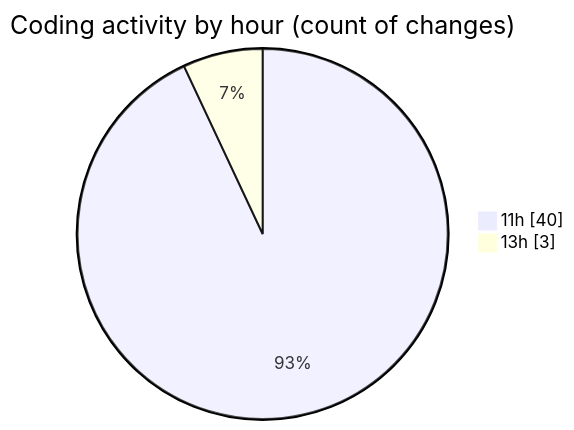
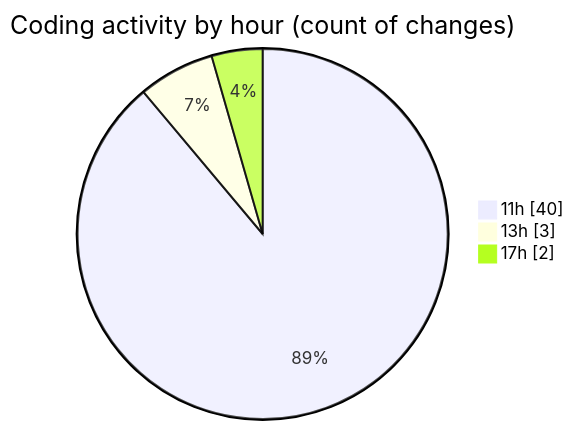
The second of 2 diagrams in 2025-04-30/uhigh-lang/README.md (charlie-sans/code-tracking), drawn with Mermaid before and after one commit. The commit also changed other lines of this file and 1 other file, not shown here.

````diff
--- a/2025-04-30/uhigh-lang/README.md
+++ b/2025-04-30/uhigh-lang/README.md
@@ -37,6 +37,7 @@
 ```mermaid
 pie showData
 title Coding activity by hour (count of changes)
 "11h" : 40
 "13h" : 3
+"17h" : 2
 ```
````
